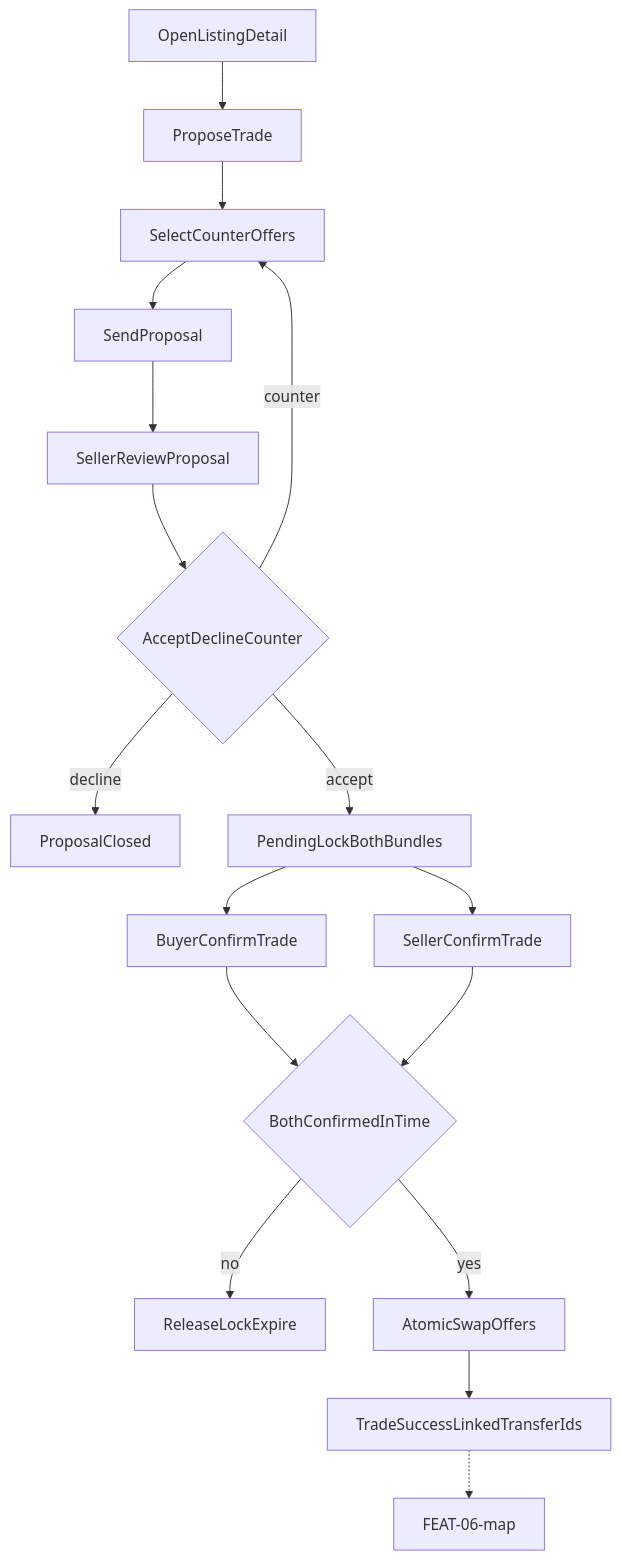
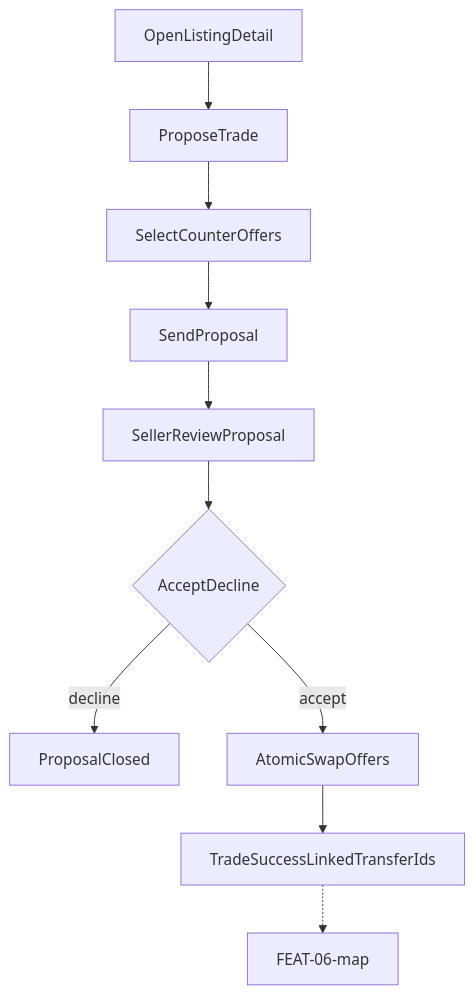
The diagram in features/maps/FEAT-03-map.md (alexcat617/extracare), drawn with Mermaid before and after one commit. The commit also changed other lines of this file and 27 other files, not shown here.

First line of the commit message:
Polish marketplace flows, demos, and My listings UX.

````diff
--- a/features/maps/FEAT-03-map.md
+++ b/features/maps/FEAT-03-map.md
@@ -22,19 +22,12 @@
 ```mermaid
 flowchart TD
   start[OpenListingDetail] --> propose[ProposeTrade]
   propose --> pickBundle[SelectCounterOffers]
   pickBundle --> send[SendProposal]
   send --> sellerReview[SellerReviewProposal]
-  sellerReview --> decision{AcceptDeclineCounter}
+  sellerReview --> decision{AcceptDecline}
   decision -->|decline| endDecline[ProposalClosed]
-  decision -->|counter| pickBundle
-  decision -->|accept| lock[PendingLockBothBundles]
-  lock --> buyerConfirm[BuyerConfirmTrade]
-  lock --> sellerConfirm[SellerConfirmTrade]
-  buyerConfirm --> bothOK{BothConfirmedInTime}
-  sellerConfirm --> bothOK
-  bothOK -->|no| err_timeout[ReleaseLockExpire]
-  bothOK -->|yes| swap[AtomicSwapOffers]
+  decision -->|accept| swap[AtomicSwapOffers]
   swap --> done[TradeSuccessLinkedTransferIds]
   done -.-> FEAT06[FEAT-06-map]
 ```
````
